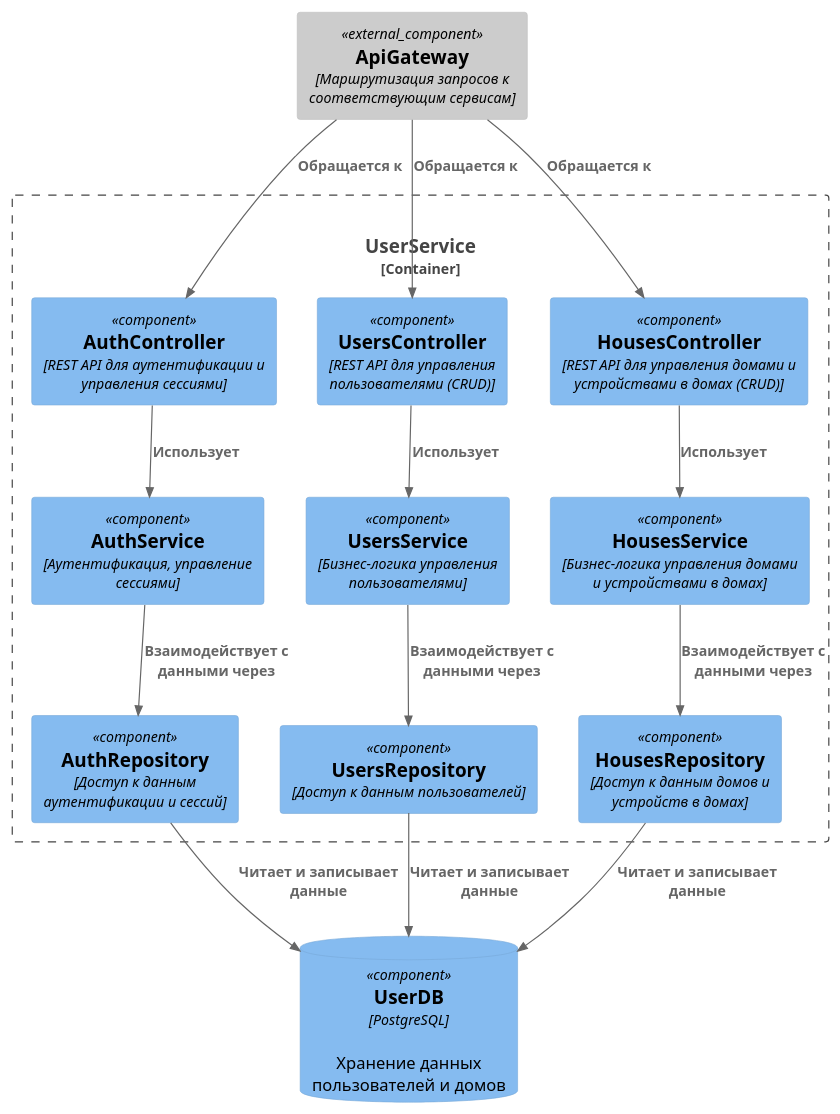
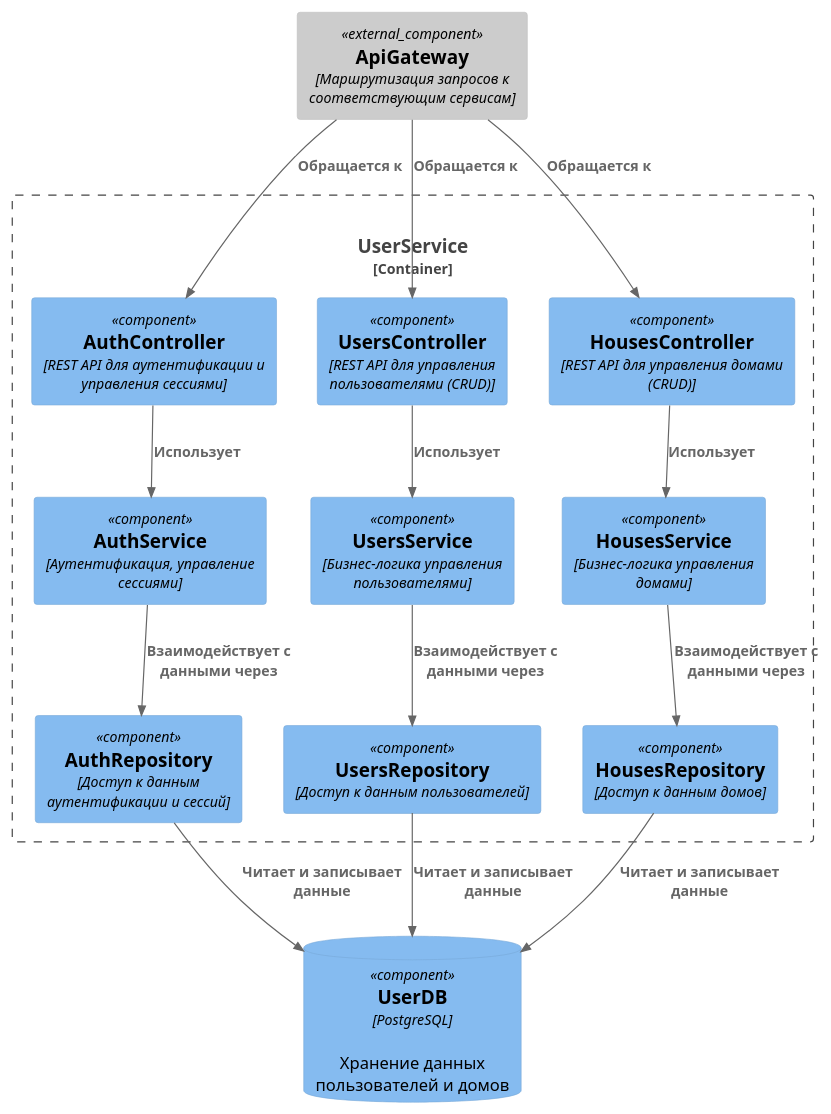
The diagram in schemas/to-be/UserService.puml (vsevolod-nikitin/yandex-practicum-architecture-pro-warmhouse), drawn with PlantUML before and after one commit. The commit also changed 15 other files, not shown here.

Commit message:
Базовая реализация микросервиса для управления устройствами.

```diff
--- a/schemas/to-be/UserService.puml
+++ b/schemas/to-be/UserService.puml
@@ -1,36 +1,36 @@
 @startuml UserService
 !include https://raw.githubusercontent.com/plantuml-stdlib/C4-PlantUML/master/C4_Component.puml
 
 Component_Ext(gateway, "ApiGateway", "Маршрутизация запросов к соответствующим сервисам")
 ComponentDb(userDb, "UserDB", "PostgreSQL", "Хранение данных пользователей и домов")
 
 Container_Boundary(userService, "UserService", "Управление пользователями и домами") {
     Component(authController, "AuthController", "REST API для аутентификации и управления сессиями")
     Component(usersController, "UsersController", "REST API для управления пользователями (CRUD)")
-    Component(housesController, "HousesController", "REST API для управления домами и устройствами в домах (CRUD)")
+    Component(housesController, "HousesController", "REST API для управления домами (CRUD)")
 
     Component(authService, "AuthService", "Аутентификация, управление сессиями")
     Component(usersService, "UsersService", "Бизнес-логика управления пользователями")
-    Component(housesService, "HousesService", "Бизнес-логика управления домами и устройствами в домах")
+    Component(housesService, "HousesService", "Бизнес-логика управления домами")
         
     Component(authRepository, "AuthRepository", "Доступ к данным аутентификации и сессий")
     Component(usersRepository, "UsersRepository", "Доступ к данным пользователей")
-    Component(housesRepository, "HousesRepository", "Доступ к данным домов и устройств в домах")
+    Component(housesRepository, "HousesRepository", "Доступ к данным домов")
     Rel(authController, authService, "Использует")
     Rel(usersController, usersService, "Использует")
     Rel(housesController, housesService, "Использует")
 
     Rel(authService, authRepository, "Взаимодействует с данными через")
     Rel(usersService, usersRepository, "Взаимодействует с данными через")
     Rel(housesService, housesRepository, "Взаимодействует с данными через")
 
     Rel(authRepository, userDb, "Читает и записывает данные")
     Rel(usersRepository, userDb, "Читает и записывает данные")
     Rel(housesRepository, userDb, "Читает и записывает данные")
 }
 
 Rel(gateway, authController, "Обращается к")
 Rel(gateway, usersController, "Обращается к")
 Rel(gateway, housesController, "Обращается к")
 
 @enduml
```
